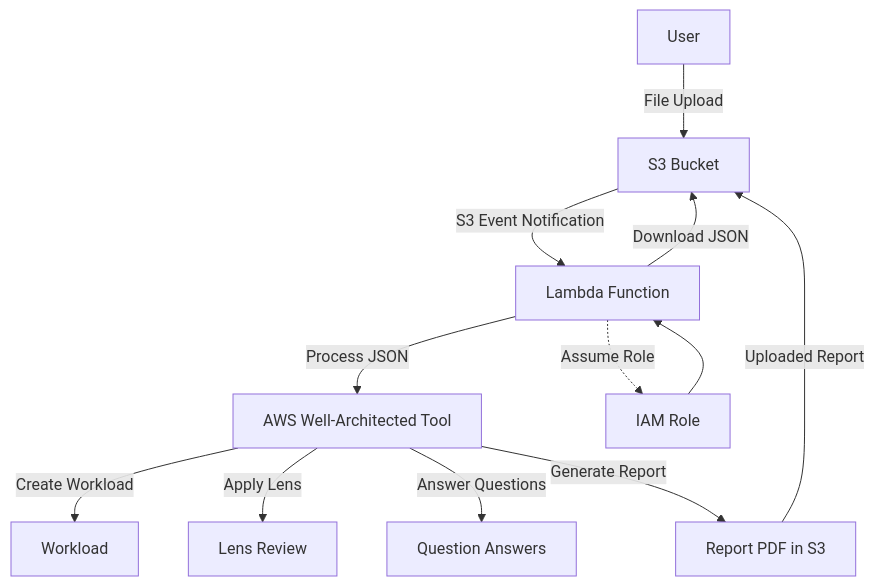
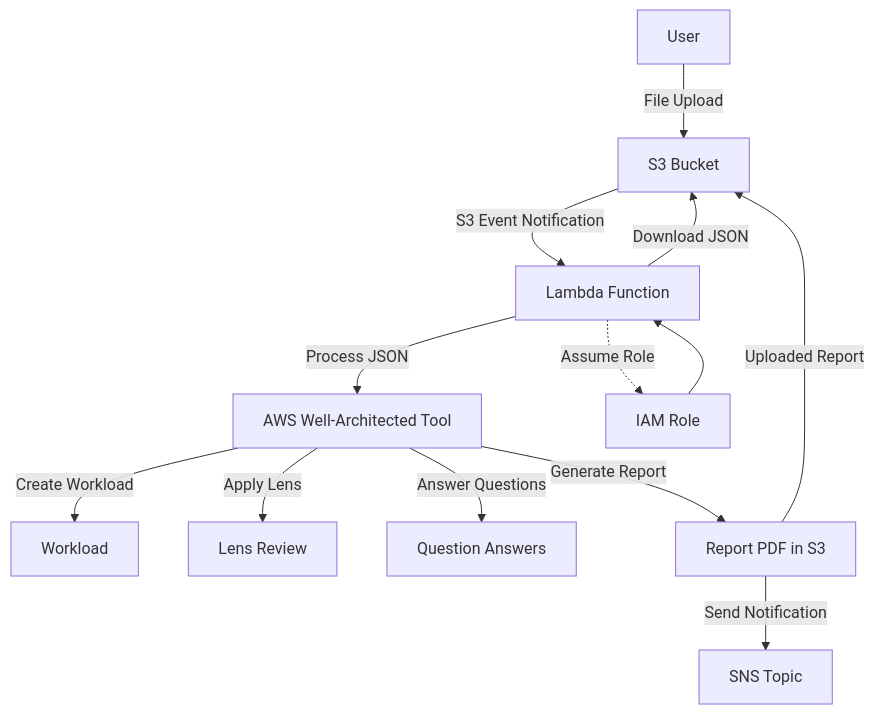
Before and after one commit to awsdataarchitect/waf-custom-lens-automation: the diagram in diagram.mmd, drawn with Mermaid. The commit also changed 7 other files, not shown here.

```diff
--- a/diagram.mmd
+++ b/diagram.mmd
@@ -1,12 +1,13 @@
 graph TD;
     A[S3 Bucket] -->|S3 Event Notification| B[Lambda Function];
     B -->|Process JSON| C[AWS Well-Architected Tool];
     B -->|Download JSON| A;
     B -.->|Assume Role| D[IAM Role];
     D --> B;
     X[User] --> |File Upload| A[S3 Bucket];
     C -->|Create Workload| E[Workload];
     C -->|Apply Lens| F[Lens Review];
     C -->|Answer Questions| G[Question Answers];
     C -->|Generate Report| H[Report PDF in S3];
     H -->|Uploaded Report| A;
+    H -->|Send Notification| I[SNS Topic];
```
